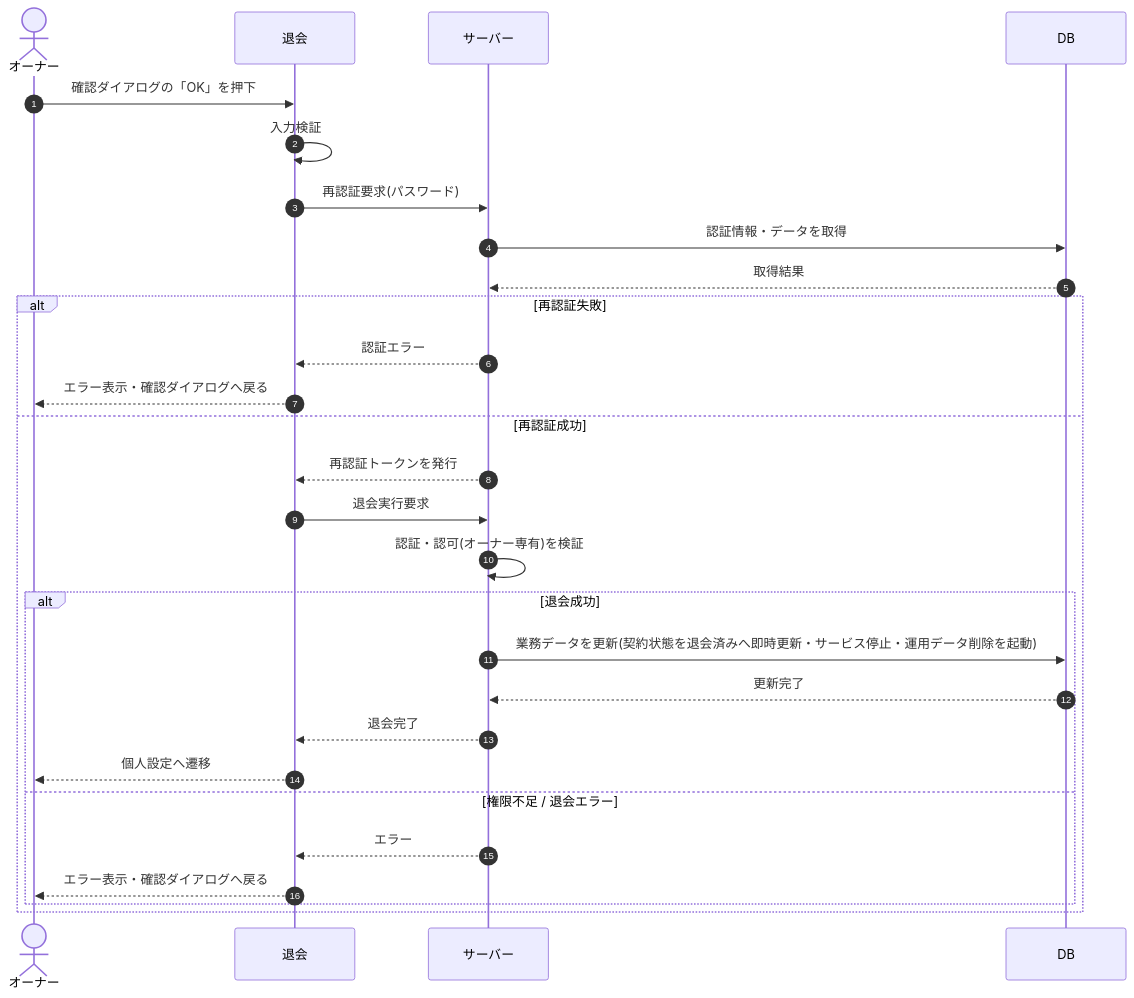
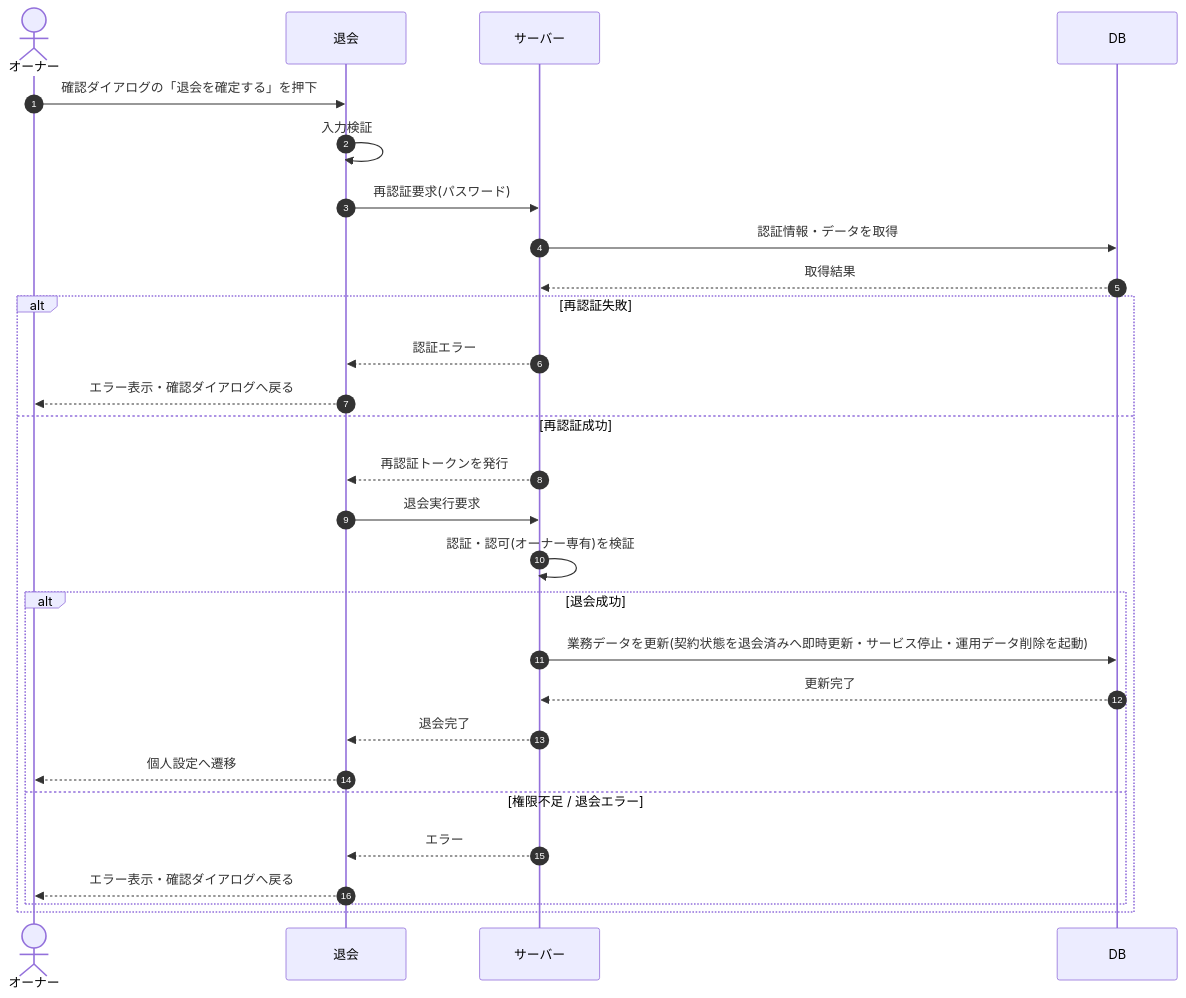
Before and after one commit to sikakou54/open-faq: the diagram in 02_basic_design/03_sequences/SEQ-066.md, drawn with Mermaid. The commit also changed other lines of this file and 81 other files, not shown here.

````diff
--- a/02_basic_design/03_sequences/SEQ-066.md
+++ b/02_basic_design/03_sequences/SEQ-066.md
@@ -24,30 +24,30 @@
 ```mermaid
 sequenceDiagram
   autonumber
   actor U as オーナー
   participant Screen as 退会
   participant Server as サーバー
   participant DB as DB
-  U->>Screen: 確認ダイアログの「OK」を押下
+  U->>Screen: 確認ダイアログの「退会を確定する」を押下
   Screen->>Screen: 入力検証
   Screen->>Server: 再認証要求(パスワード)
   Server->>DB: 認証情報・データを取得
   DB-->>Server: 取得結果
   alt 再認証失敗
     Server-->>Screen: 認証エラー
     Screen-->>U: エラー表示・確認ダイアログへ戻る
   else 再認証成功
     Server-->>Screen: 再認証トークンを発行
     Screen->>Server: 退会実行要求
     Server->>Server: 認証・認可(オーナー専有)を検証
     alt 退会成功
       Server->>DB: 業務データを更新(契約状態を退会済みへ即時更新・サービス停止・運用データ削除を起動)
       DB-->>Server: 更新完了
       Server-->>Screen: 退会完了
       Screen-->>U: 個人設定へ遷移
     else 権限不足 / 退会エラー
       Server-->>Screen: エラー
       Screen-->>U: エラー表示・確認ダイアログへ戻る
     end
   end
 ```
````
